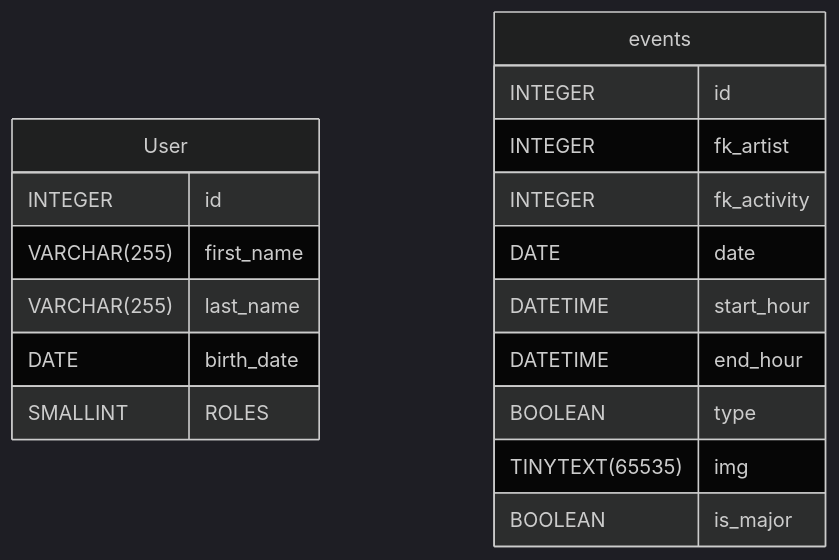
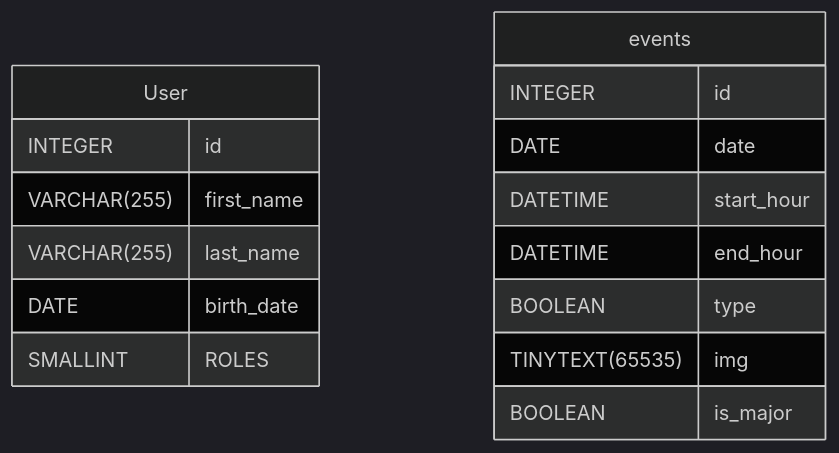
The diagram in readme.md (Electric-Vibes/Doc), drawn with Mermaid (dark theme) before and after one commit. The commit also changed other lines of this file, not shown here.

````diff
--- a/readme.md
+++ b/readme.md
@@ -158,22 +154,20 @@
 ```mermaid
 erDiagram
 	User {
 		INTEGER id
 		VARCHAR(255) first_name
 		VARCHAR(255) last_name
 		DATE birth_date
 		SMALLINT ROLES
 	}
 
 	events {
 		INTEGER id
-		INTEGER fk_artist
-		INTEGER fk_activity
 		DATE date
 		DATETIME start_hour
 		DATETIME end_hour
 		BOOLEAN type
 		TINYTEXT(65535) img
 		BOOLEAN is_major
 	}
 ```
````
